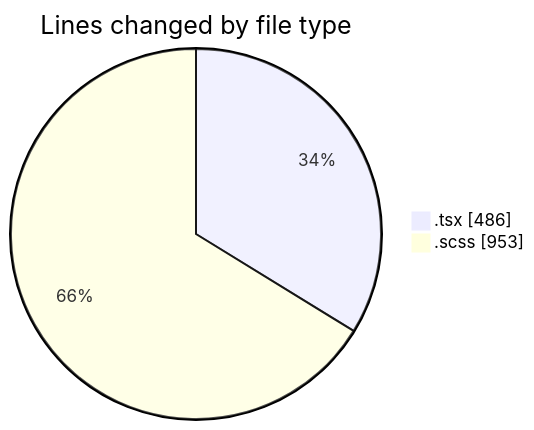
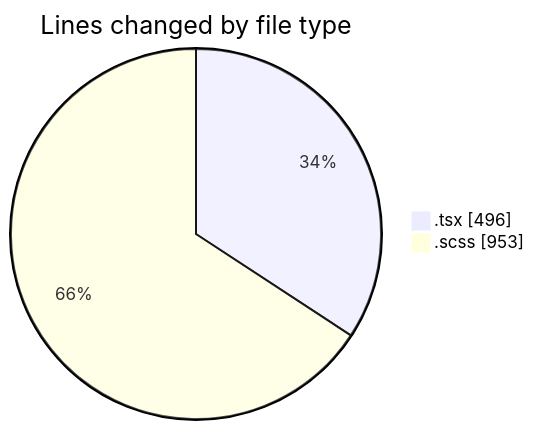
Before and after one commit to momahboobian/code-tracking: the first of 2 diagrams in 2025-09-19/cda/README.md, drawn with Mermaid. The commit also changed other lines of this file and 1 other file, not shown here.

````diff
--- a/2025-09-19/cda/README.md
+++ b/2025-09-19/cda/README.md
@@ -22,6 +22,6 @@
 ```mermaid
 pie showData
 title Lines changed by file type
-".tsx" : 486
+".tsx" : 496
 ".scss" : 953
 ```
````
